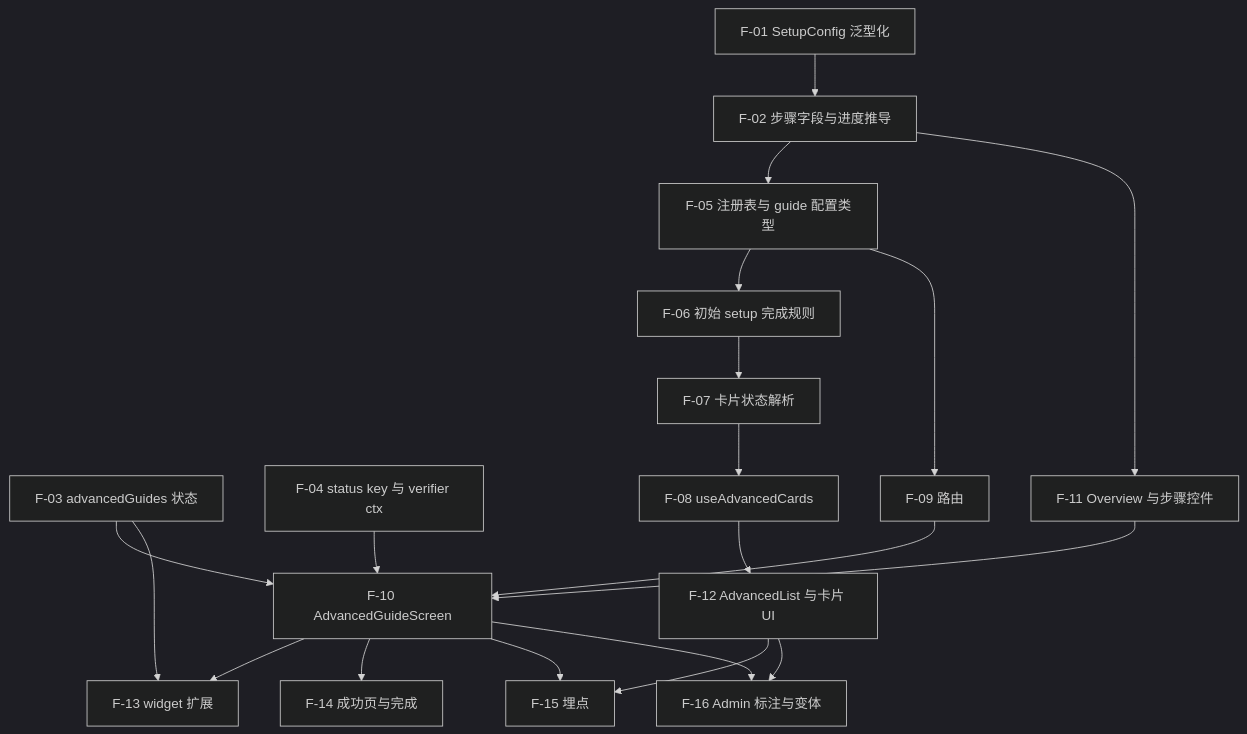
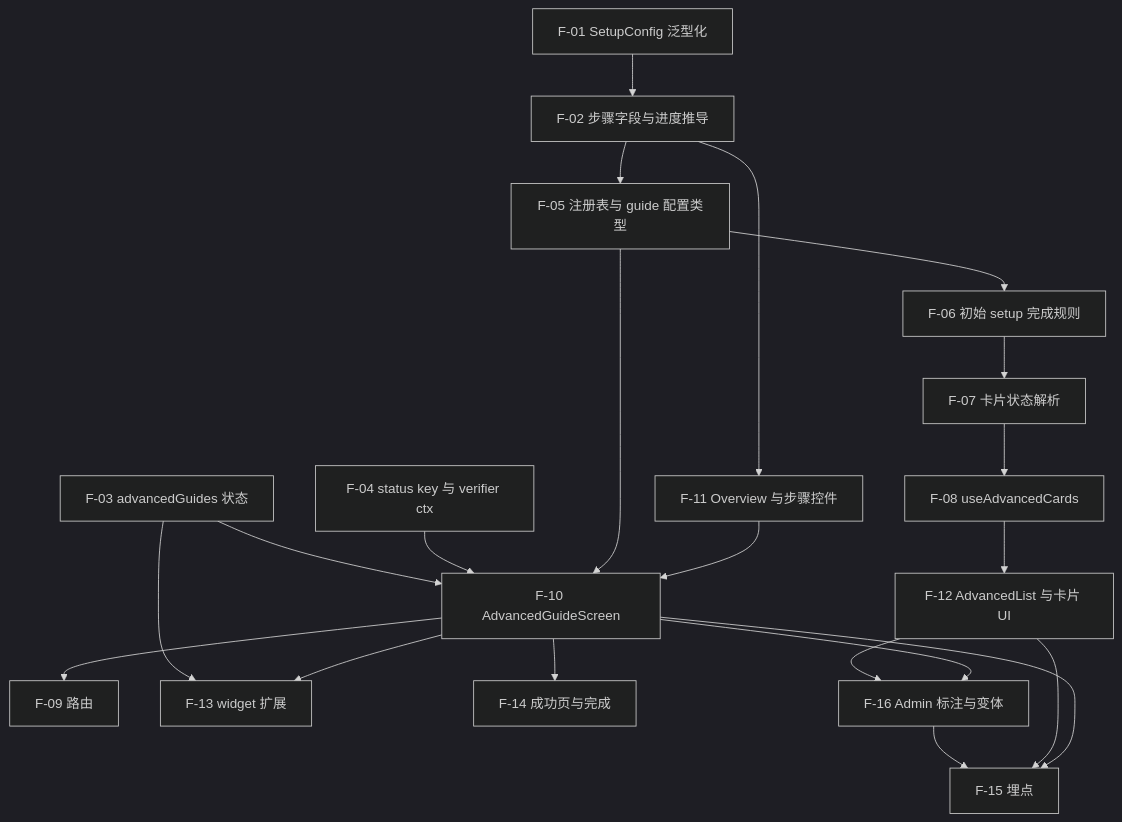
Before and after one commit to whhe-coder/f2p-new-feature: the diagram in advanced-foundation-detail-plan.md, drawn with Mermaid (dark theme). The commit also changed other lines of this file and 2 other files, not shown here.

````diff
--- a/advanced-foundation-detail-plan.md
+++ b/advanced-foundation-detail-plan.md
@@ -42,22 +44,23 @@
 ```mermaid
 flowchart TD
   F01[F-01 SetupConfig 泛型化] --> F02[F-02 步骤字段与进度推导]
   F02 --> F05[F-05 注册表与 guide 配置类型]
   F03[F-03 advancedGuides 状态] --> F10
   F04[F-04 status key 与 verifier ctx] --> F10
   F05 --> F06[F-06 初始 setup 完成规则]
   F06 --> F07[F-07 卡片状态解析]
   F07 --> F08[F-08 useAdvancedCards]
-  F05 --> F09[F-09 路由]
-  F09 --> F10[F-10 AdvancedGuideScreen]
+  F05 --> F10[F-10 AdvancedGuideScreen]
+  F10 --> F09[F-09 路由]
   F02 --> F11[F-11 Overview 与步骤控件]
   F11 --> F10
   F08 --> F12[F-12 AdvancedList 与卡片 UI]
   F03 --> F13[F-13 widget 扩展]
   F10 --> F13
   F10 --> F14[F-14 成功页与完成]
-  F12 --> F15[F-15 埋点]
-  F10 --> F15
   F12 --> F16[F-16 Admin 标注与变体]
   F10 --> F16
+  F16 --> F15[F-15 埋点]
+  F12 --> F15
+  F10 --> F15
 ```
````
